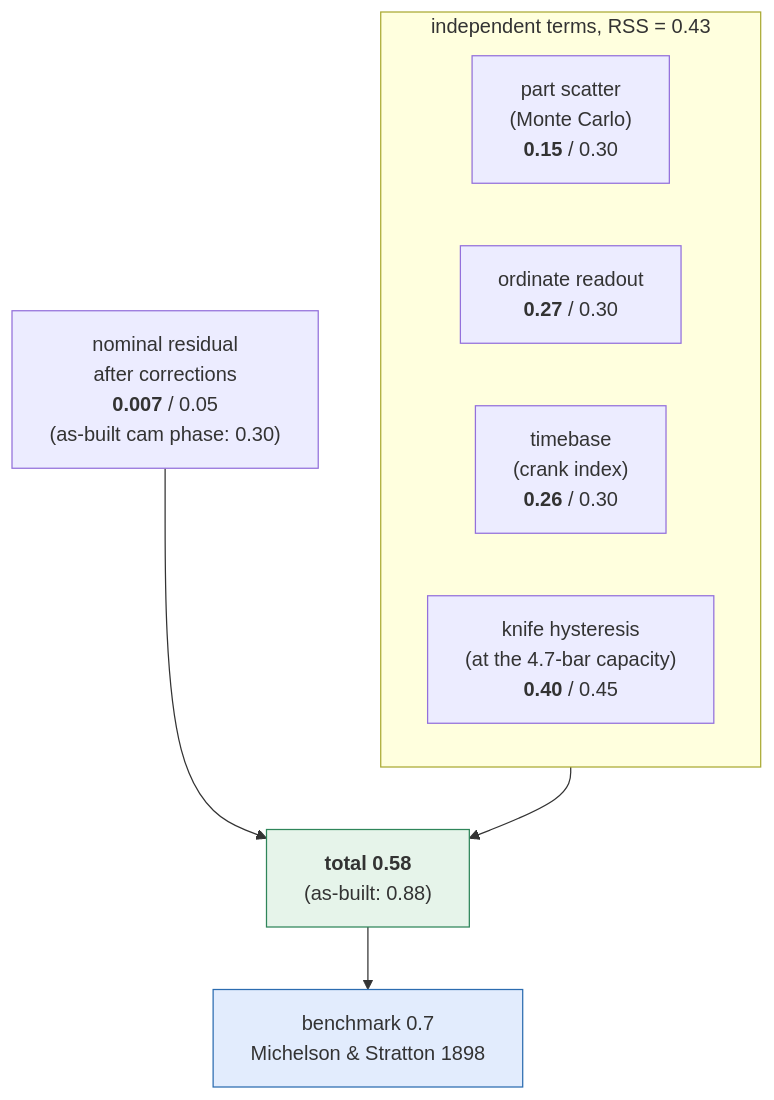
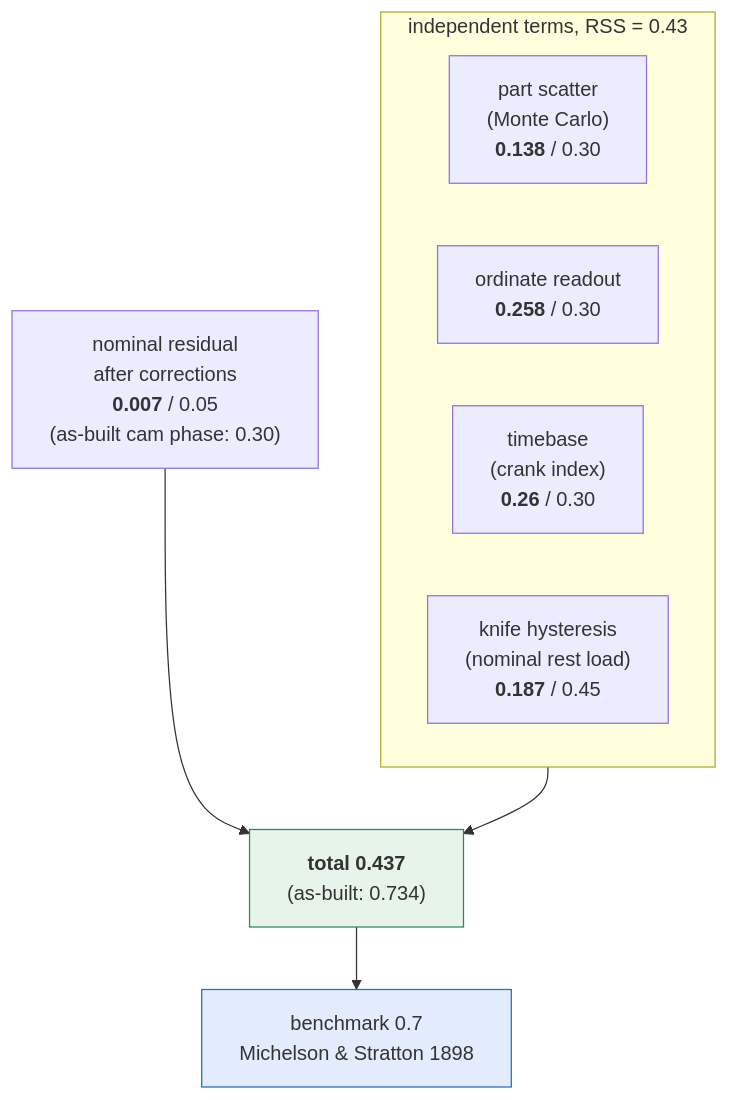
One commit to pedropaulovc/harmonic-analyzer changed the third of 4 diagrams in cad/docs/tolerance-policy.md. Above: the diagram before and after it, drawn with Mermaid. The commit also changed other lines of this file and 36 other files, not shown here.

````diff
--- a/cad/docs/tolerance-policy.md
+++ b/cad/docs/tolerance-policy.md
@@ -310,16 +312,16 @@
 ```mermaid
 flowchart TB
     subgraph rss["independent terms, RSS = 0.43"]
         direction LR
-        s["part scatter<br/>(Monte Carlo)<br/><b>0.15</b> / 0.30"]
-        r["ordinate readout<br/><b>0.27</b> / 0.30"]
+        s["part scatter<br/>(Monte Carlo)<br/><b>0.138</b> / 0.30"]
+        r["ordinate readout<br/><b>0.258</b> / 0.30"]
         t["timebase<br/>(crank index)<br/><b>0.26</b> / 0.30"]
-        k["knife hysteresis<br/>(at the 4.7-bar capacity)<br/><b>0.40</b> / 0.45"]
+        k["knife hysteresis<br/>(nominal rest load)<br/><b>0.187</b> / 0.45"]
     end
     n["nominal residual<br/>after corrections<br/><b>0.007</b> / 0.05<br/>(as-built cam phase: 0.30)"]
-    rss --> total["<b>total 0.58</b><br/>(as-built: 0.88)"]
+    rss --> total["<b>total 0.437</b><br/>(as-built: 0.734)"]
     n --> total
     total --> bench["benchmark 0.7<br/>Michelson & Stratton 1898"]
     style total fill:#e6f4ea,stroke:#2f855a
     style bench fill:#e2ecfd,stroke:#2b6cb0
 ```
````
